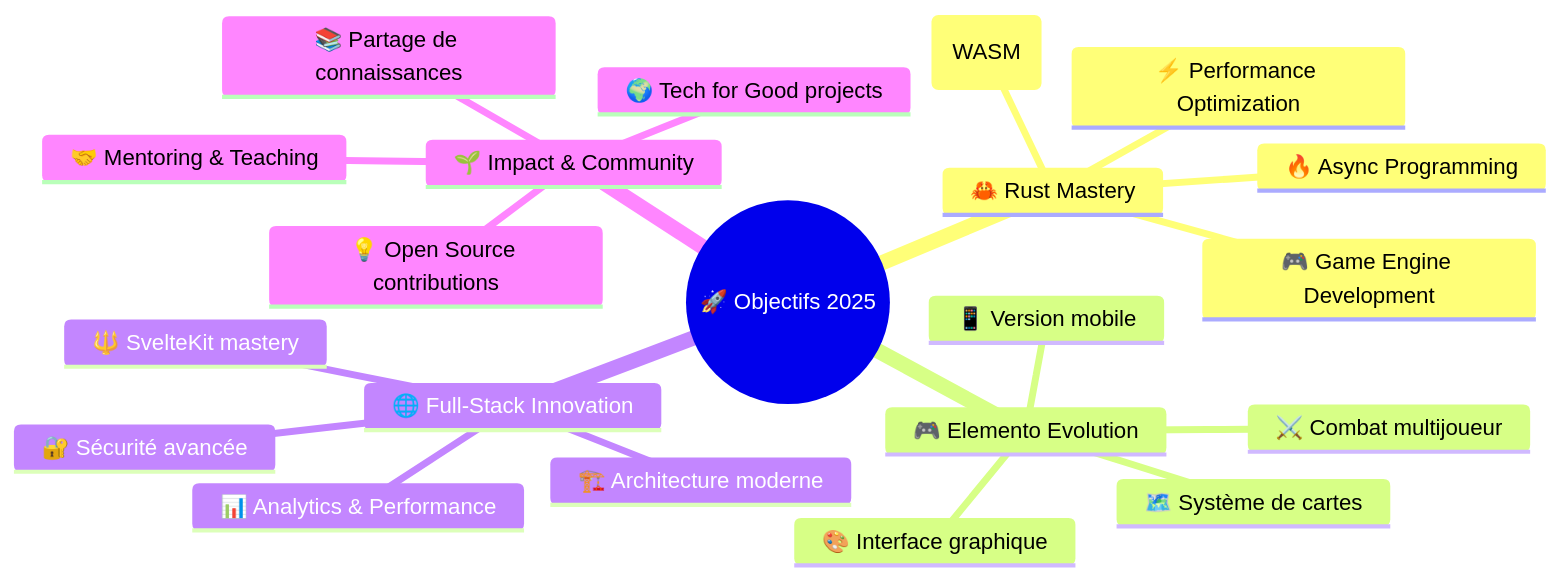
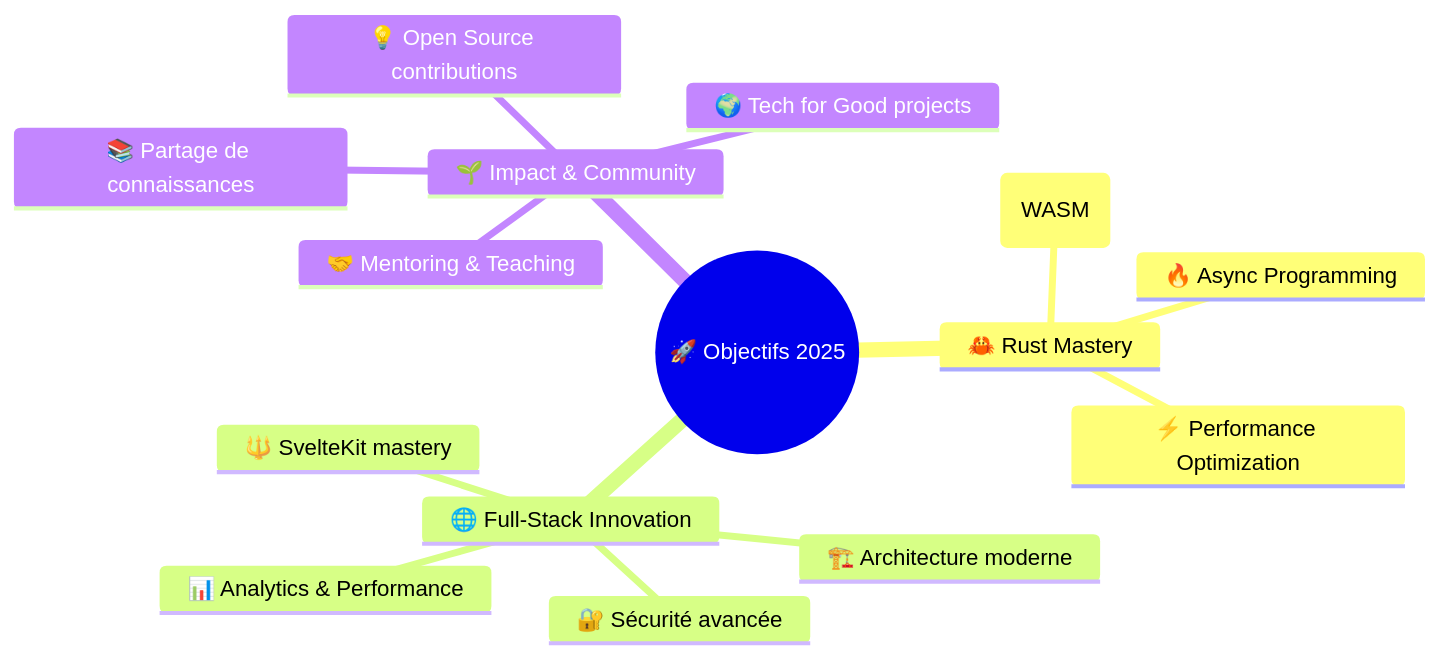
One commit to nicoooo972/nicoooo972 changed the diagram in README.md. Above: the diagram before and after it, drawn with Mermaid. The commit also changed other lines of this file, not shown here.

````diff
--- a/README.md
+++ b/README.md
@@ -149,24 +136,18 @@
 ```mermaid
 mindmap
   root((🚀 Objectifs 2025))
     🦀 Rust Mastery
       🔥 Async Programming
       🌐 WebAssembly (WASM)
-      🎮 Game Engine Development
       ⚡ Performance Optimization
-    🎮 Elemento Evolution
-      🗺️ Système de cartes
-      ⚔️ Combat multijoueur
-      🎨 Interface graphique
-      📱 Version mobile
     🌐 Full-Stack Innovation
       🔱 SvelteKit mastery
       🏗️ Architecture moderne
       🔐 Sécurité avancée
       📊 Analytics & Performance
     🌱 Impact & Community
       💡 Open Source contributions
       🌍 Tech for Good projects
       📚 Partage de connaissances
       🤝 Mentoring & Teaching
 ```
````
